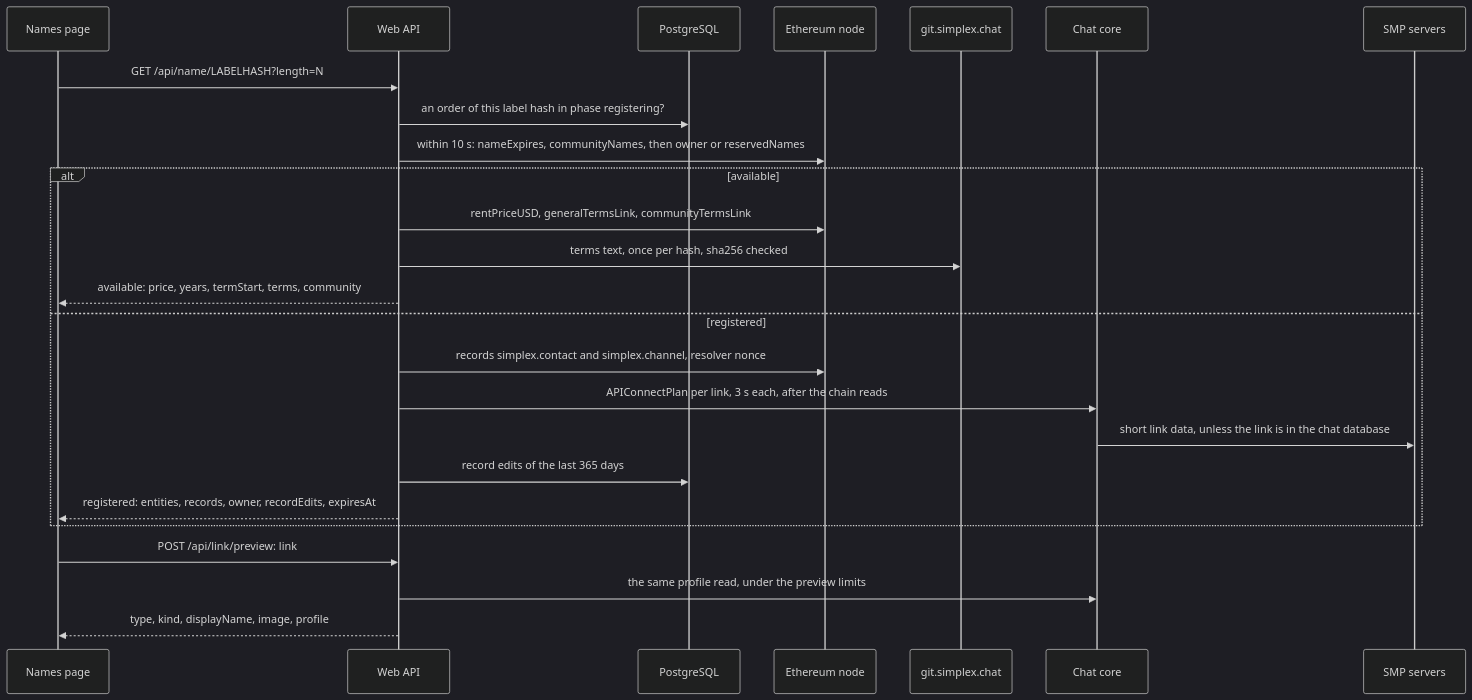
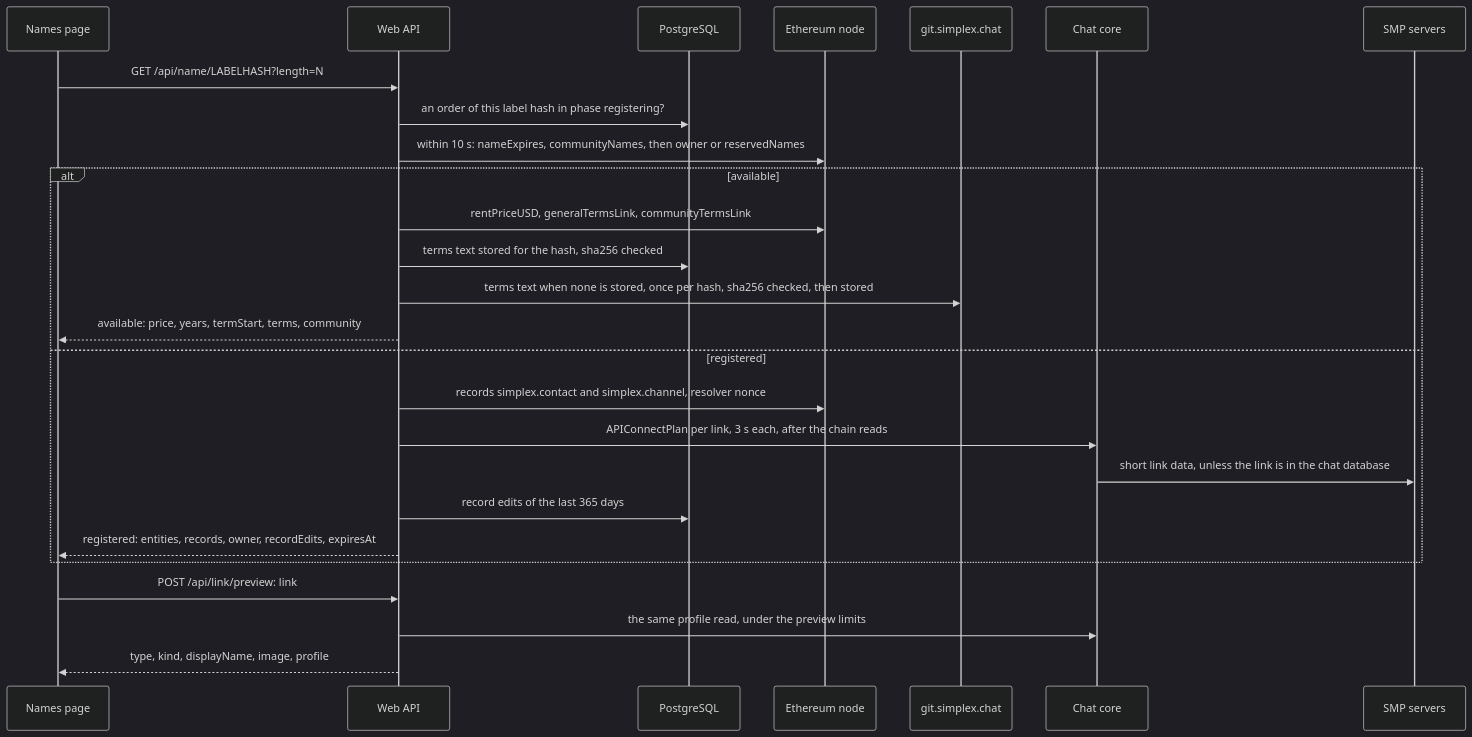
The fifth of 13 diagrams in apps/simplex-store-service/docs/names.md (simplex-chat/simplex-chat), drawn with Mermaid (dark theme) before and after one commit. The commit also changed other lines of this file and 6 other files, not shown here.

````diff
--- a/apps/simplex-store-service/docs/names.md
+++ b/apps/simplex-store-service/docs/names.md
@@ -293,27 +293,28 @@
 ```mermaid
 sequenceDiagram
   participant P as Names page
   participant W as Web API
   participant D as PostgreSQL
   participant E as Ethereum node
   participant G as git.simplex.chat
   participant C as Chat core
   participant M as SMP servers
   P->>W: GET /api/name/LABELHASH?length=N
   W->>D: an order of this label hash in phase registering?
   W->>E: within 10 s: nameExpires, communityNames, then owner or reservedNames
   alt available
     W->>E: rentPriceUSD, generalTermsLink, communityTermsLink
-    W->>G: terms text, once per hash, sha256 checked
+    W->>D: terms text stored for the hash, sha256 checked
+    W->>G: terms text when none is stored, once per hash, sha256 checked, then stored
     W-->>P: available: price, years, termStart, terms, community
   else registered
     W->>E: records simplex.contact and simplex.channel, resolver nonce
     W->>C: APIConnectPlan per link, 3 s each, after the chain reads
     C->>M: short link data, unless the link is in the chat database
     W->>D: record edits of the last 365 days
     W-->>P: registered: entities, records, owner, recordEdits, expiresAt
   end
   P->>W: POST /api/link/preview: link
   W->>C: the same profile read, under the preview limits
   W-->>P: type, kind, displayName, image, profile
 ```
````
